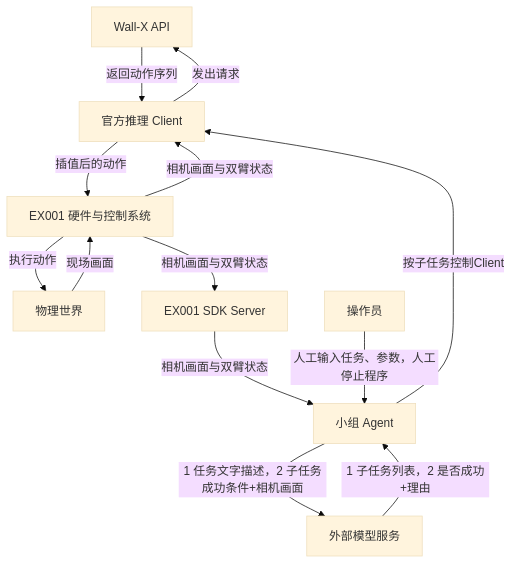
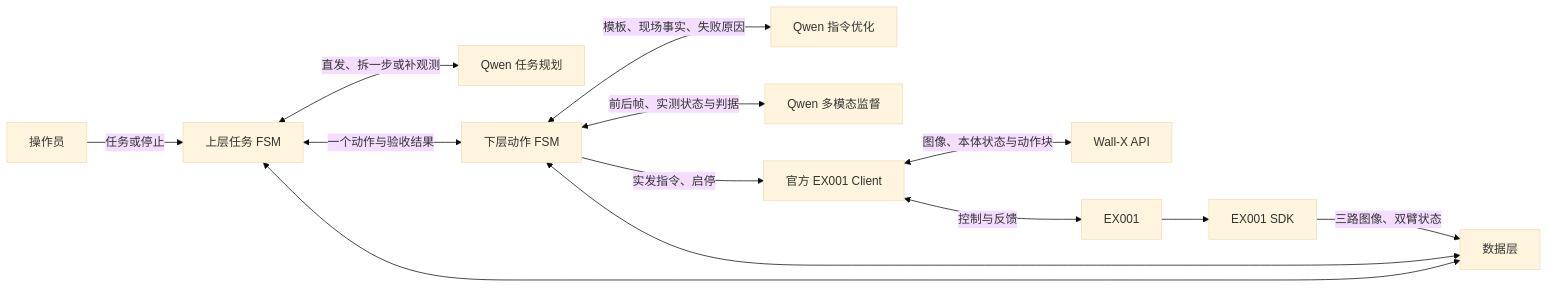
The diagram in AGENTS.md (rRaylyrics/Robot26), drawn with Mermaid (base theme) before and after one commit. The commit also changed other lines of this file and 30 other files, not shown here.

````diff
--- a/AGENTS.md
+++ b/AGENTS.md
@@ -41,25 +48,15 @@
 ```mermaid
-flowchart TD
-    WallX["Wall-X API"]
-    Client["官方推理 Client"]
-    Robot["EX001 硬件与控制系统"]
-    World["物理世界"]
-    Model["外部模型服务"]
-    Agent["小组 Agent"]
-    SDK["EX001 SDK Server"]
-    User["操作员"]
-
-    Client -->|"发出请求"| WallX
-    WallX -->|"返回动作序列"| Client
-    Robot -->|"相机画面与双臂状态"| Client
-    Client -->|"插值后的动作"| Robot
-    Robot -->|"执行动作"| World
-    World -->|"现场画面"| Robot
-
-    Agent -->|"按子任务控制Client"| Client
-    Agent -->|"1 任务文字描述，2 子任务成功条件+相机画面"| Model
-    Model -->|"1 子任务列表，2 是否成功+理由"| Agent
-    Robot -->|"相机画面与双臂状态"| SDK
-    SDK -->|"相机画面与双臂状态"| Agent
-    User -->|"人工输入任务、参数，人工停止程序"| Agent
+flowchart LR
+    Operator["操作员"] -->|"任务或停止"| Task["上层任务 FSM"]
+    Task <-->|"直发、拆一步或补观测"| Planner["Qwen 任务规划"]
+    Task <-->|"一个动作与验收结果"| Action["下层动作 FSM"]
+    Action <-->|"模板、现场事实、失败原因"| Optimizer["Qwen 指令优化"]
+    Action <-->|"前后帧、实测状态与判据"| Judge["Qwen 多模态监督"]
+    Action -->|"实发指令、启停"| Client["官方 EX001 Client"]
+    Client <-->|"图像、本体状态与动作块"| Wall["Wall-X API"]
+    Client <-->|"控制与反馈"| Robot["EX001"]
+    Robot --> SDK["EX001 SDK"]
+    SDK -->|"三路图像、双臂状态"| Data["数据层"]
+    Task <--> Data
+    Action <--> Data
 ```
````
